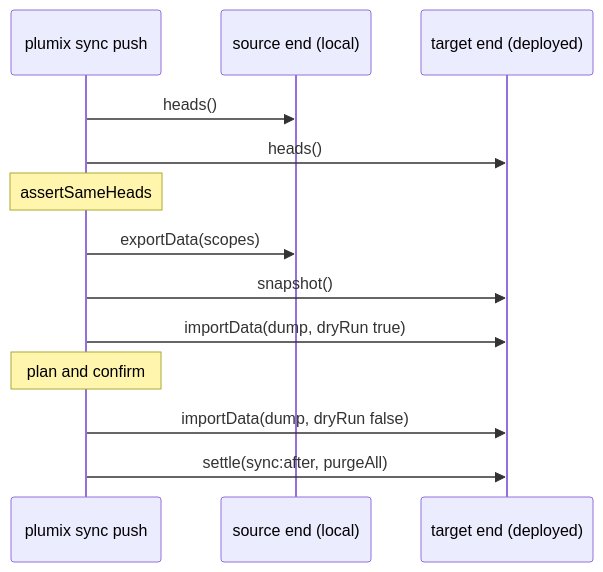
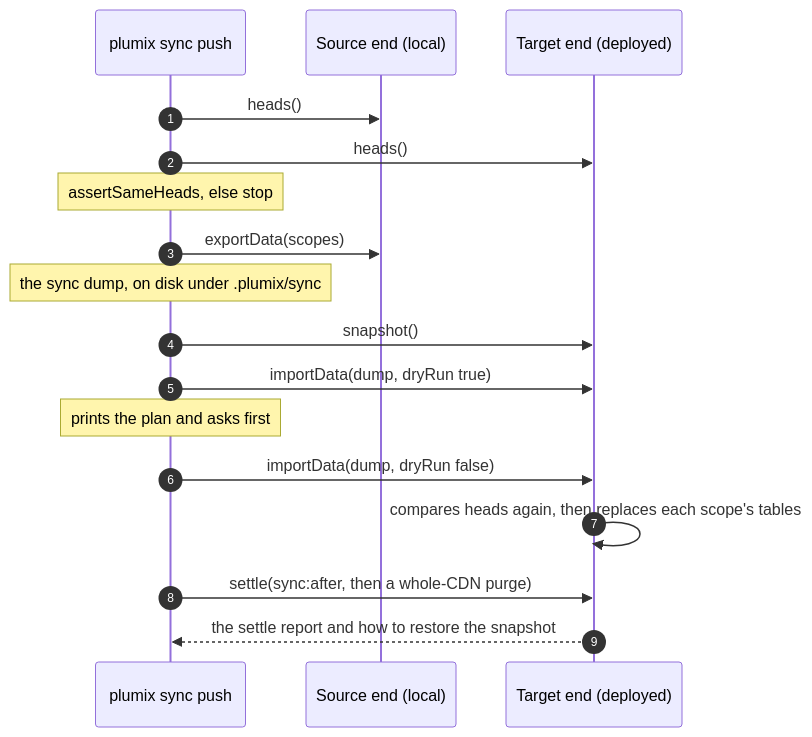
One commit to withplumix/plumix changed the diagram in docs/architecture/sync-and-import.md. Above: the diagram before and after it, drawn with Mermaid. The commit also changed other lines of this file and 21 other files, not shown here.

````diff
--- a/docs/architecture/sync-and-import.md
+++ b/docs/architecture/sync-and-import.md
@@ -15,15 +16,19 @@
 ```mermaid
 sequenceDiagram
+  autonumber
   participant CLI as plumix sync push
-  participant Src as source end (local)
-  participant Tgt as target end (deployed)
+  participant Src as Source end (local)
+  participant Tgt as Target end (deployed)
   CLI->>Src: heads()
   CLI->>Tgt: heads()
-  Note over CLI: assertSameHeads
+  Note over CLI: assertSameHeads, else stop
   CLI->>Src: exportData(scopes)
+  Note over CLI: the sync dump, on disk under .plumix/sync
   CLI->>Tgt: snapshot()
   CLI->>Tgt: importData(dump, dryRun true)
-  Note over CLI: plan and confirm
+  Note over CLI: prints the plan and asks first
   CLI->>Tgt: importData(dump, dryRun false)
-  CLI->>Tgt: settle(sync:after, purgeAll)
+  Tgt->>Tgt: compares heads again, then replaces each scope's tables
+  CLI->>Tgt: settle(sync:after, then a whole-CDN purge)
+  Tgt-->>CLI: the settle report and how to restore the snapshot
 ```
````
